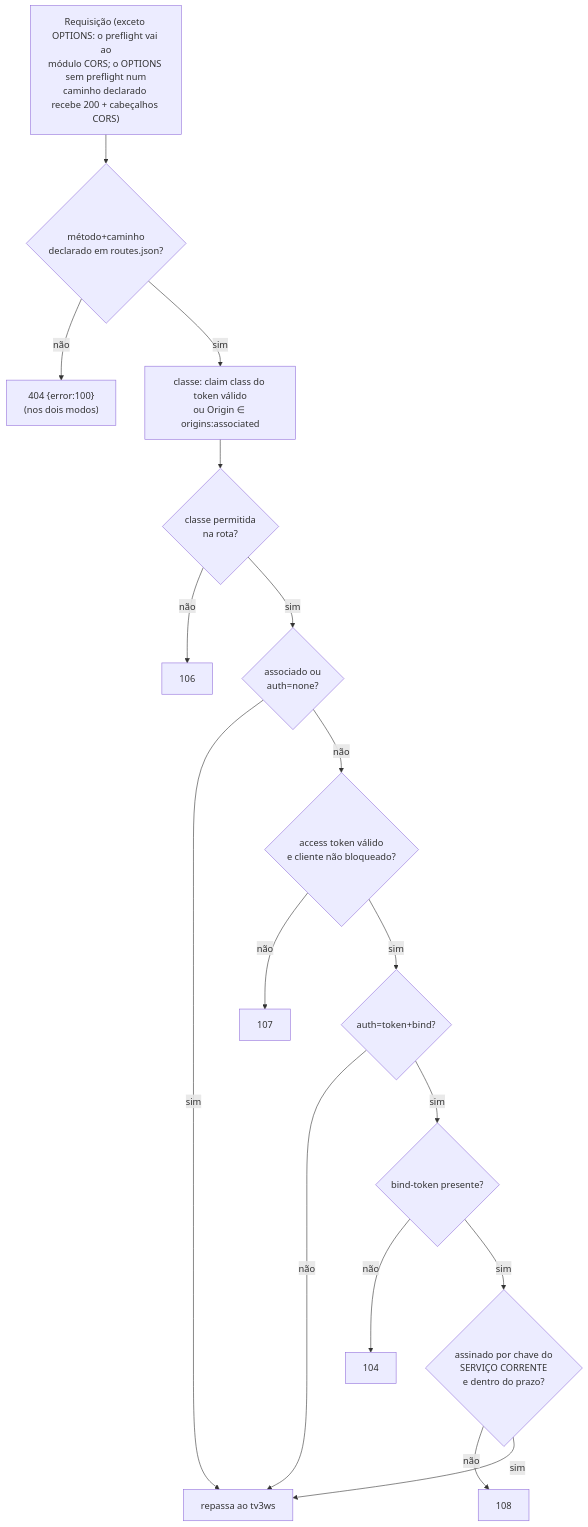
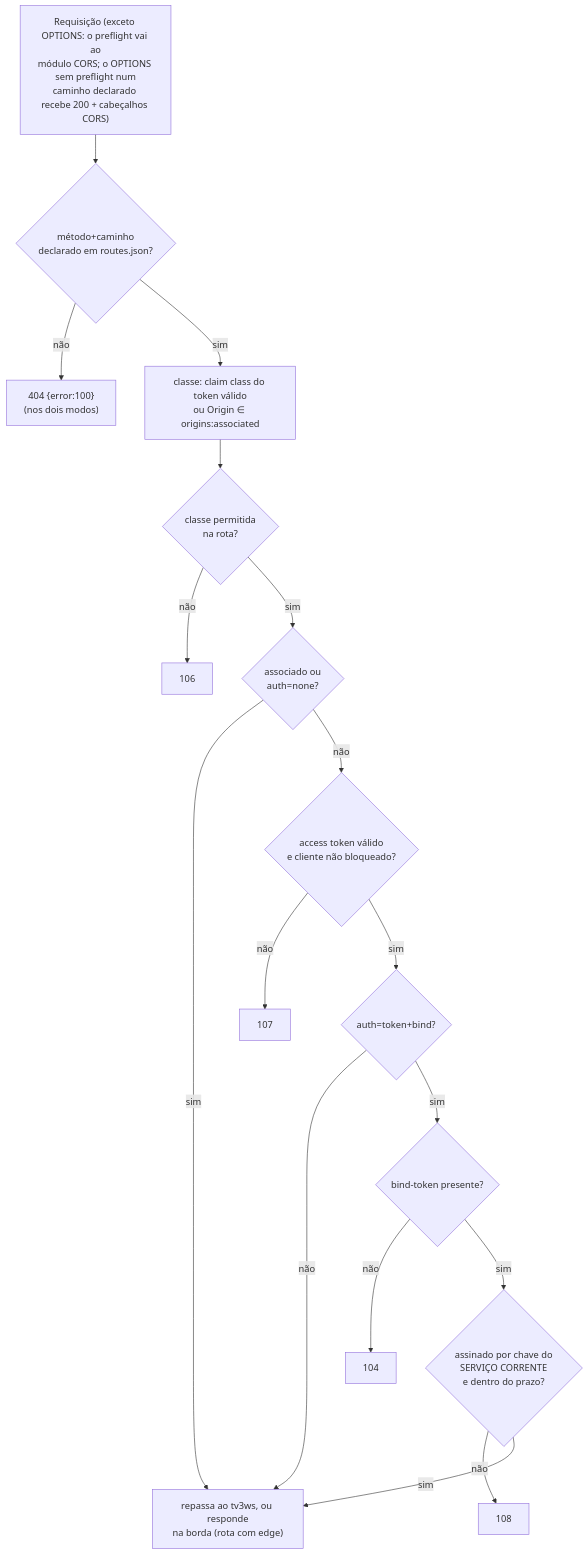
One commit to multisens/Infra changed the second of 3 diagrams in docs/05-autenticacao.md. Above: the diagram before and after it, drawn with Mermaid. The commit also changed other lines of this file and 26 other files, not shown here.

First line of the commit message:
feat: borda responde a C.6.8 e as APIs de api-info (reuniao de 05/10)

````diff
--- a/docs/05-autenticacao.md
+++ b/docs/05-autenticacao.md
@@ -107,19 +108,19 @@
 ```mermaid
 flowchart TD
     R["Requisição (exceto OPTIONS: o preflight vai ao<br/>módulo CORS; o OPTIONS sem preflight num<br/>caminho declarado recebe 200 + cabeçalhos CORS)"] --> M{"método+caminho<br/>declarado em routes.json?"}
     M -->|não| E100["404 {error:100}<br/>(nos dois modos)"]
     M -->|sim| CL["classe: claim class do token válido<br/>ou Origin ∈ origins:associated"]
     CL --> K{"classe permitida<br/>na rota?"}
     K -->|não| E106["106"]
     K -->|sim| A{"associado ou<br/>auth=none?"}
-    A -->|sim| OK["repassa ao tv3ws"]
+    A -->|sim| OK["repassa ao tv3ws, ou responde<br/>na borda (rota com edge)"]
     A -->|não| T{"access token válido<br/>e cliente não bloqueado?"}
     T -->|não| E107["107"]
     T -->|sim| B{"auth=token+bind?"}
     B -->|não| OK
     B -->|sim| BT{"bind-token presente?"}
     BT -->|não| E104["104"]
     BT -->|sim| BV{"assinado por chave do<br/>SERVIÇO CORRENTE<br/>e dentro do prazo?"}
     BV -->|não| E108["108"]
     BV -->|sim| OK
 ```
````
